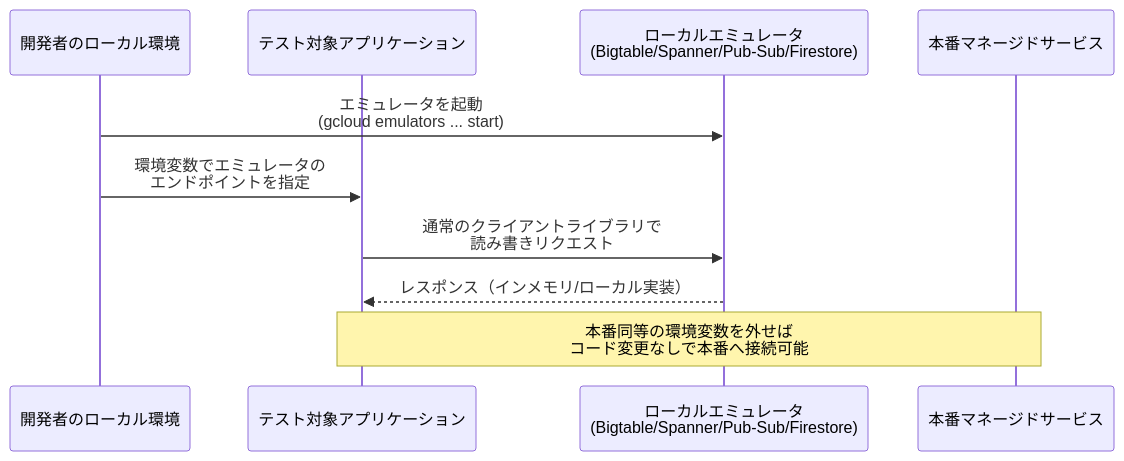
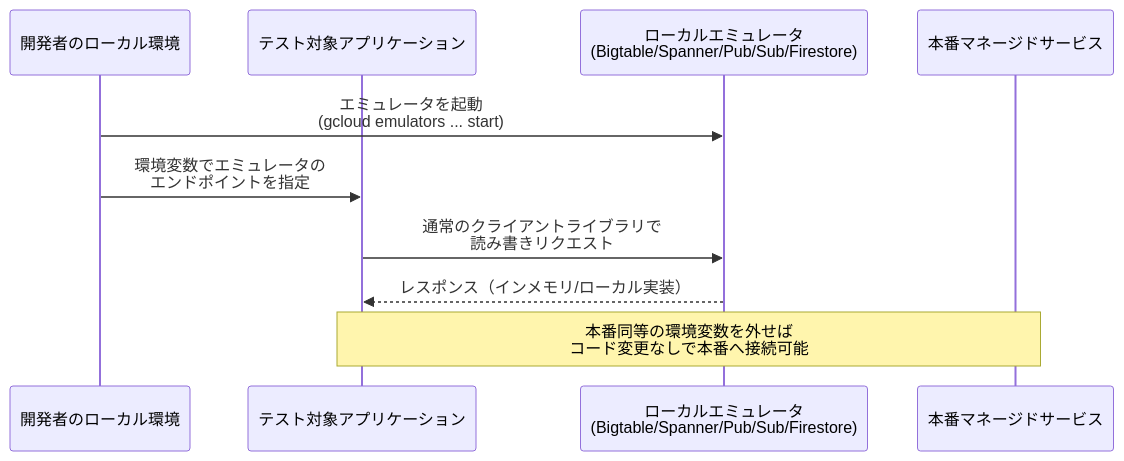
The ninth of 13 diagrams in Gcp-pca-section5-managing-implementation.md (myoshi2891/Cloud-Infrastructure-Studies), drawn with Mermaid before and after one commit. The commit also changed other lines of this file and 1 other file, not shown here.

Commit message:
docs(gcp/pca): fix Pub/Sub emulator notation in section 5 guide

````diff
--- a/Gcp-pca-section5-managing-implementation.md
+++ b/Gcp-pca-section5-managing-implementation.md
@@ -343,13 +343,13 @@
 ```mermaid
 sequenceDiagram
     participant Dev as 開発者のローカル環境
     participant App as テスト対象アプリケーション
-    participant Emu as ローカルエミュレータ<br/>(Bigtable/Spanner/Pub-Sub/Firestore)
+    participant Emu as ローカルエミュレータ<br/>(Bigtable/Spanner/Pub/Sub/Firestore)
     participant Prod as 本番マネージドサービス
 
     Dev->>Emu: エミュレータを起動<br/>(gcloud emulators ... start)
     Dev->>App: 環境変数でエミュレータの<br/>エンドポイントを指定
     App->>Emu: 通常のクライアントライブラリで<br/>読み書きリクエスト
     Emu-->>App: レスポンス（インメモリ/ローカル実装）
     Note over App,Prod: 本番同等の環境変数を外せば<br/>コード変更なしで本番へ接続可能
 ```
````
